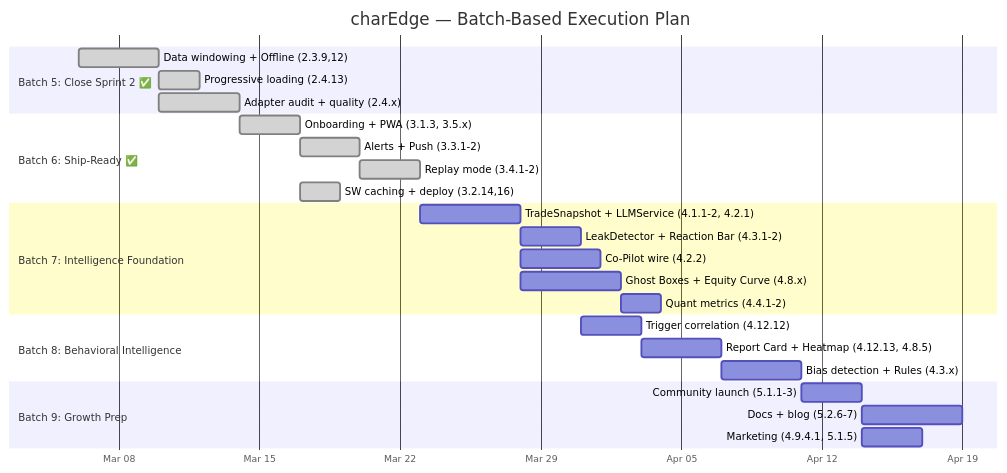
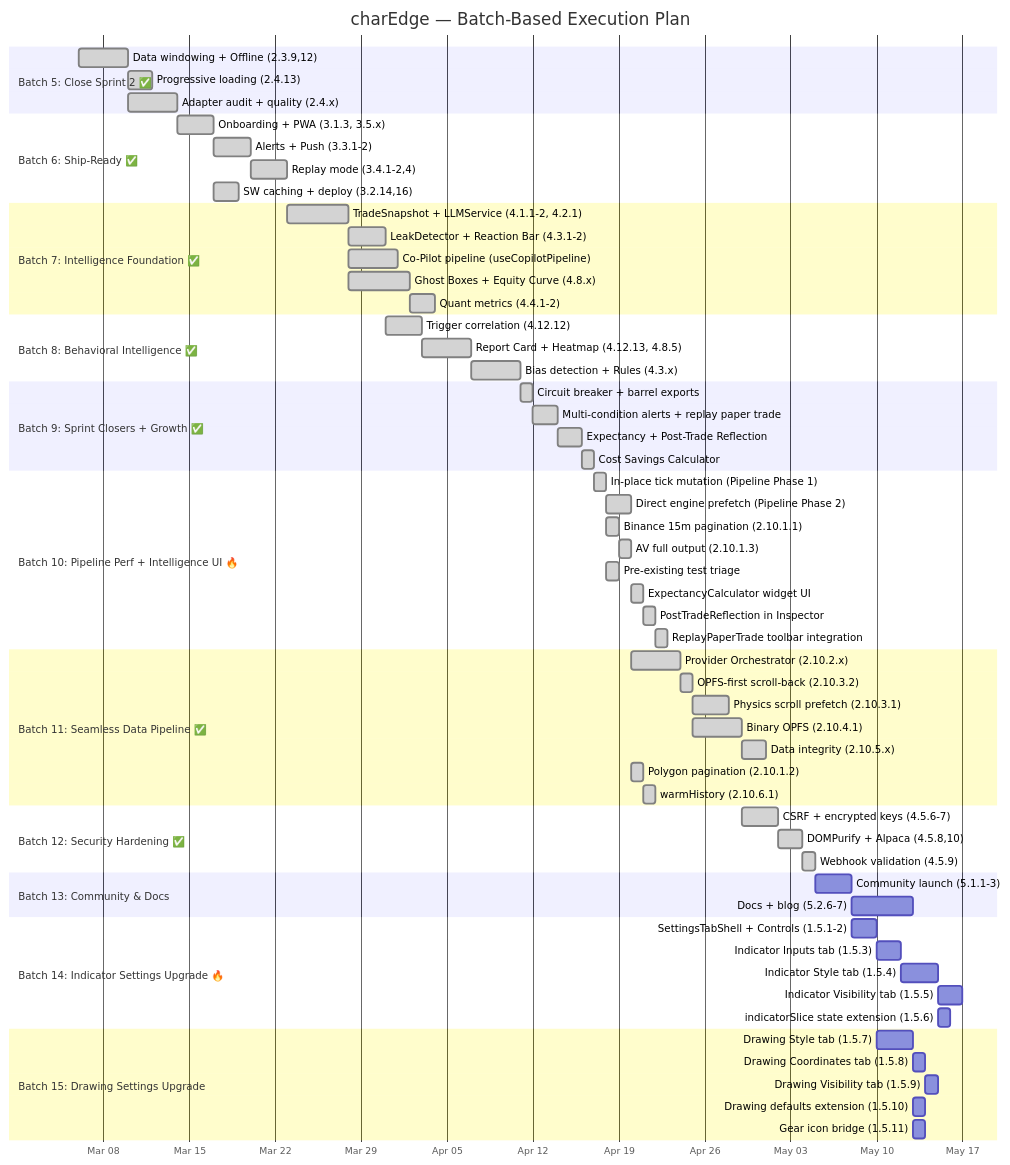
One commit to Tmoretti17970/charEdge changed the diagram in ULTIMATE_TASK_LIST_v13.md. Above: the diagram before and after it, drawn with Mermaid. The commit also changed other lines of this file and 131 other files, not shown here.

````diff
--- a/ULTIMATE_TASK_LIST_v13.md
+++ b/ULTIMATE_TASK_LIST_v13.md
@@ -854,34 +929,77 @@
 ```mermaid
 gantt
     title charEdge — Batch-Based Execution Plan
     dateFormat  YYYY-MM-DD
     axisFormat  %b %d
 
     section Batch 5: Close Sprint 2 ✅
     Data windowing + Offline (2.3.9,12)   :done, b5a, 2026-03-06, 4d
     Progressive loading (2.4.13)          :done, b5b, after b5a, 2d
     Adapter audit + quality (2.4.x)       :done, b5c, after b5a, 4d
 
     section Batch 6: Ship-Ready ✅
     Onboarding + PWA (3.1.3, 3.5.x)      :done, b6a, after b5c, 3d
     Alerts + Push (3.3.1-2)              :done, b6b, after b6a, 3d
-    Replay mode (3.4.1-2)                :done, b6c, after b6b, 3d
+    Replay mode (3.4.1-2,4)              :done, b6c, after b6b, 3d
     SW caching + deploy (3.2.14,16)      :done, b6d, after b6a, 2d
 
-    section Batch 7: Intelligence Foundation
-    TradeSnapshot + LLMService (4.1.1-2, 4.2.1) :b7a, after b6c, 5d
-    LeakDetector + Reaction Bar (4.3.1-2) :b7b, after b7a, 3d
-    Co-Pilot wire (4.2.2)                :b7c, after b7a, 4d
-    Ghost Boxes + Equity Curve (4.8.x)   :b7d, after b7a, 5d
-    Quant metrics (4.4.1-2)              :b7e, after b7d, 2d
+    section Batch 7: Intelligence Foundation ✅
+    TradeSnapshot + LLMService (4.1.1-2, 4.2.1) :done, b7a, after b6c, 5d
+    LeakDetector + Reaction Bar (4.3.1-2) :done, b7b, after b7a, 3d
+    Co-Pilot pipeline (useCopilotPipeline) :done, b7c, after b7a, 4d
+    Ghost Boxes + Equity Curve (4.8.x)   :done, b7d, after b7a, 5d
+    Quant metrics (4.4.1-2)              :done, b7e, after b7d, 2d
 
-    section Batch 8: Behavioral Intelligence
-    Trigger correlation (4.12.12)        :b8a, after b7b, 3d
-    Report Card + Heatmap (4.12.13, 4.8.5) :b8b, after b8a, 4d
-    Bias detection + Rules (4.3.x)       :b8c, after b8b, 4d
+    section Batch 8: Behavioral Intelligence ✅
+    Trigger correlation (4.12.12)        :done, b8a, after b7b, 3d
+    Report Card + Heatmap (4.12.13, 4.8.5) :done, b8b, after b8a, 4d
+    Bias detection + Rules (4.3.x)       :done, b8c, after b8b, 4d
 
-    section Batch 9: Growth Prep
-    Community launch (5.1.1-3)           :b9a, after b8c, 3d
-    Docs + blog (5.2.6-7)               :b9b, after b9a, 5d
-    Marketing (4.9.4.1, 5.1.5)           :b9c, after b9a, 3d
+    section Batch 9: Sprint Closers + Growth ✅
+    Circuit breaker + barrel exports     :done, b9a, after b8c, 1d
+    Multi-condition alerts + replay paper trade :done, b9b, after b9a, 2d
+    Expectancy + Post-Trade Reflection   :done, b9c, after b9b, 2d
+    Cost Savings Calculator              :done, b9d, after b9c, 1d
+
+    section Batch 10: Pipeline Perf + Intelligence UI 🔥
+    In-place tick mutation (Pipeline Phase 1) :done, b10a, after b9d, 1d
+    Direct engine prefetch (Pipeline Phase 2) :done, b10b, after b10a, 2d
+    Binance 15m pagination (2.10.1.1)    :done, b10c, after b10a, 1d
+    AV full output (2.10.1.3)            :done, b10d, after b10c, 1d
+    Pre-existing test triage              :done, b10e, after b10a, 1d
+    ExpectancyCalculator widget UI        :done, b10f, after b10b, 1d
+    PostTradeReflection in Inspector      :done, b10g, after b10f, 1d
+    ReplayPaperTrade toolbar integration   :done, b10h, after b10g, 1d
+
+    section Batch 11: Seamless Data Pipeline ✅
+    Provider Orchestrator (2.10.2.x)     :done, b11a, after b10d, 4d
+    OPFS-first scroll-back (2.10.3.2)    :done, b11b, after b11a, 1d
+    Physics scroll prefetch (2.10.3.1)   :done, b11c, after b11b, 3d
+    Binary OPFS (2.10.4.1)               :done, b11d, after b11b, 4d
+    Data integrity (2.10.5.x)            :done, b11e, after b11d, 2d
+    Polygon pagination (2.10.1.2)        :done, b11f, after b10d, 1d
+    warmHistory (2.10.6.1)               :done, b11g, after b11f, 1d
+
+    section Batch 12: Security Hardening ✅
+    CSRF + encrypted keys (4.5.6-7)      :done, b12a, after b11d, 3d
+    DOMPurify + Alpaca (4.5.8,10)        :done, b12b, after b12a, 2d
+    Webhook validation (4.5.9)           :done, b12c, after b12b, 1d
+
+    section Batch 13: Community & Docs
+    Community launch (5.1.1-3)           :b13a, after b12c, 3d
+    Docs + blog (5.2.6-7)               :b13b, after b13a, 5d
+
+    section Batch 14: Indicator Settings Upgrade 🔥
+    SettingsTabShell + Controls (1.5.1-2)  :b14a, after b13a, 2d
+    Indicator Inputs tab (1.5.3)           :b14b, after b14a, 2d
+    Indicator Style tab (1.5.4)            :b14c, after b14b, 3d
+    Indicator Visibility tab (1.5.5)       :b14d, after b14c, 2d
+    indicatorSlice state extension (1.5.6) :b14e, after b14c, 1d
+
+    section Batch 15: Drawing Settings Upgrade
+    Drawing Style tab (1.5.7)              :b15a, after b14a, 3d
+    Drawing Coordinates tab (1.5.8)        :b15b, after b15a, 1d
+    Drawing Visibility tab (1.5.9)         :b15c, after b15b, 1d
+    Drawing defaults extension (1.5.10)    :b15d, after b15a, 1d
+    Gear icon bridge (1.5.11)              :b15e, after b15a, 1d
 ```
````
